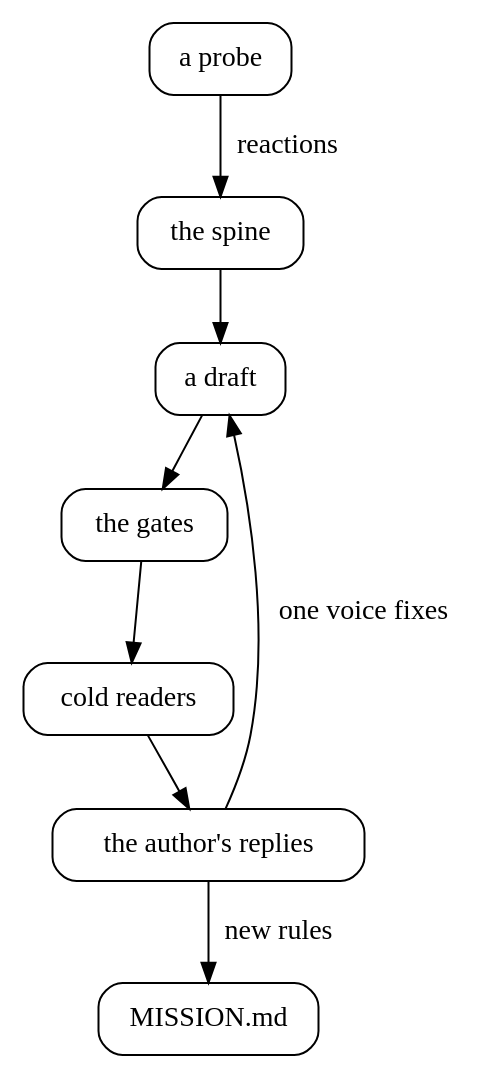
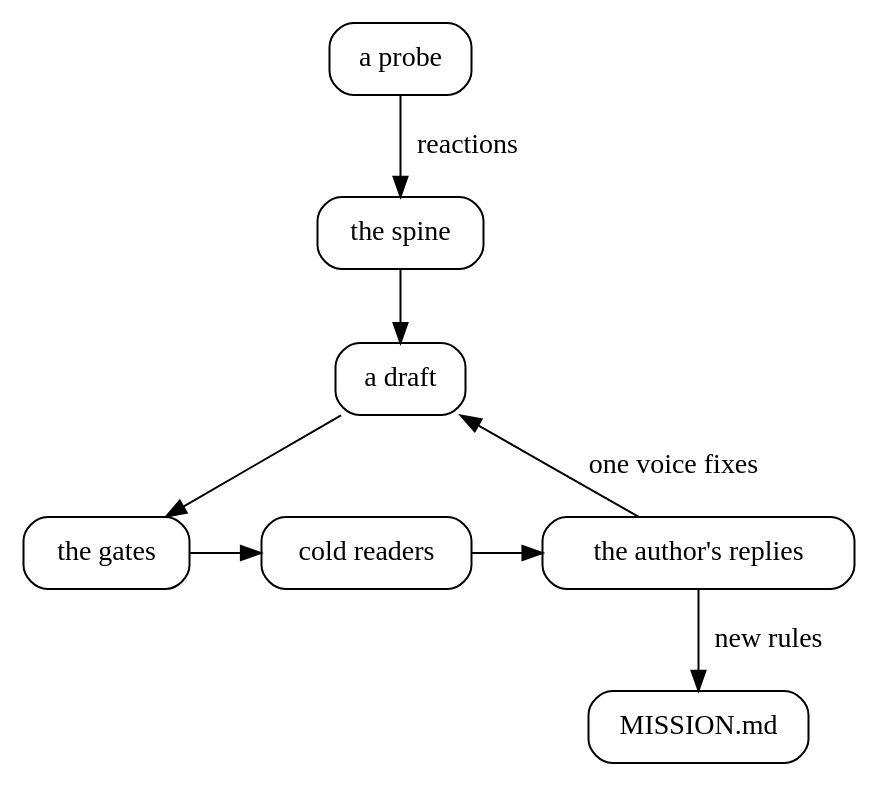
Before and after one commit to showell/shale: the second of 2 diagrams in books-book/book.md, drawn with Graphviz. The commit also changed other lines of this file and 2 other files, not shown here.

First line of the commit message:
books-book: gates run before any page is written; contents and index fixes

````diff
--- a/books-book/book.md
+++ b/books-book/book.md
@@ -164,17 +165,18 @@
 ```dot The cadence, from the probe to a finished chapter
 digraph {
   node [shape=box, style=rounded];
   probe [label="a probe"];
   spine [label="the spine"];
   draft [label="a draft"];
   gates [label="the gates"];
   cold [label="cold readers"];
   author [label="the author's replies"];
   mission [label="MISSION.md"];
   probe -> spine [label="reactions"];
   spine -> draft;
   draft -> gates -> cold -> author;
   author -> draft [label="one voice fixes"];
   author -> mission [label="new rules"];
+  {rank=same; gates; cold; author;}
 }
 ```
````
